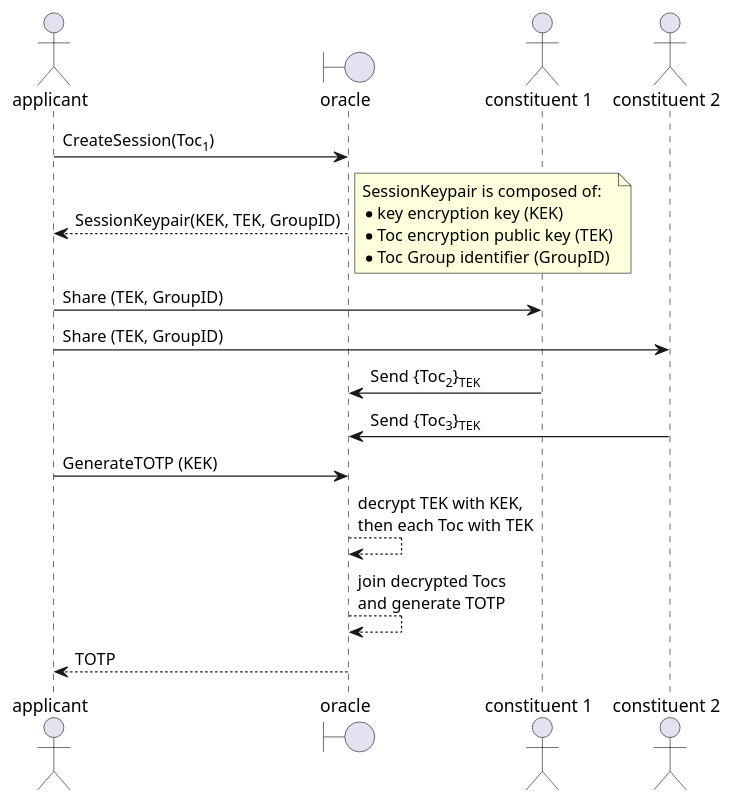
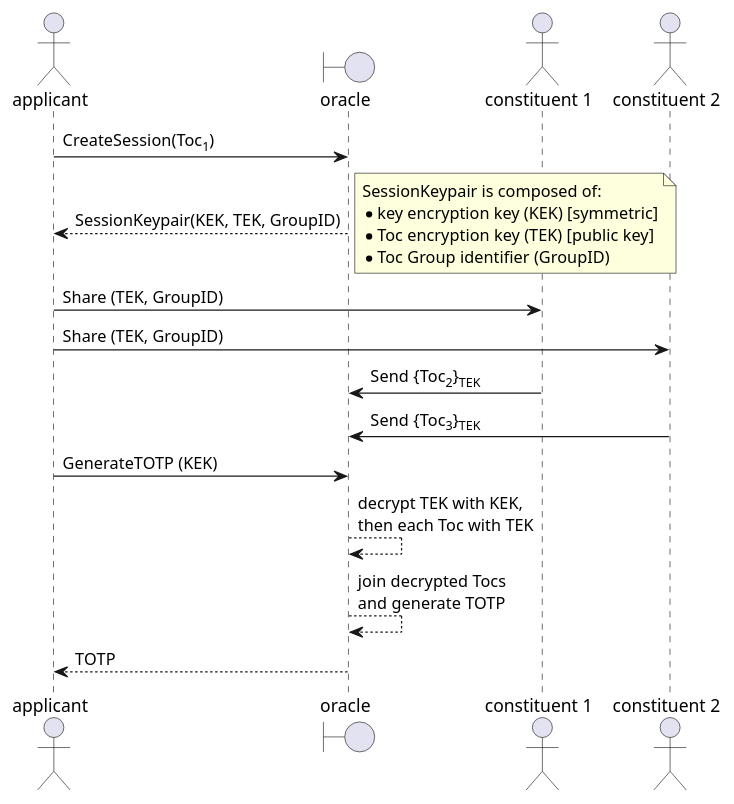
The second of 2 diagrams in docs/design.adoc (borgoat/farmfa), drawn with PlantUML before and after one commit. The commit also changed other lines of this file and 2 other files, not shown here.

Commit message:
feat: initial dealer implementation

```diff
--- a/docs/design.adoc
+++ b/docs/design.adoc
@@ -105,27 +105,27 @@
 [plantuml]
 ....
 actor     applicant as a
 boundary  oracle as o
 actor     "constituent 1" as c1
 actor     "constituent 2" as c2
 
 a -> o:   CreateSession(Toc<sub>1</sub>)
 return    SessionKeypair(KEK, TEK, GroupID)
 
 note right
 SessionKeypair is composed of:
-* key encryption key (KEK)
-* Toc encryption public key (TEK)
+* key encryption key (KEK) [symmetric]
+* Toc encryption key (TEK) [public key]
 * Toc Group identifier (GroupID)
 end note
 
 a  -> c1:  Share (TEK, GroupID)
 a  -> c2:  Share (TEK, GroupID)
 c1 -> o:   Send {Toc<sub>2</sub>}<sub>TEK</sub>
 c2 -> o:   Send {Toc<sub>3</sub>}<sub>TEK</sub>
 
 a ->  o:   GenerateTOTP (KEK)
 o --> o:   decrypt TEK with KEK,\nthen each Toc with TEK
 o --> o:   join decrypted Tocs\nand generate TOTP
 o --> a:   TOTP
 ....
```
